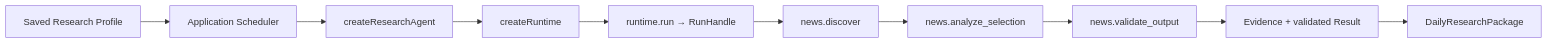
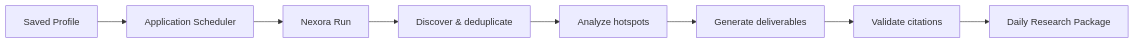
One commit to Atman-Angle/Nexora-Agent changed the diagram in README.md. Above: the diagram before and after it, drawn with Mermaid. The commit also changed other lines of this file, not shown here.

````diff
--- a/README.md
+++ b/README.md
@@ -111,12 +142,10 @@
 ```mermaid
 flowchart LR
-  P["Saved Research Profile"] --> S["Application Scheduler"]
-  S --> A["createResearchAgent"]
-  A --> R["createRuntime"]
-  R --> H["runtime.run → RunHandle"]
-  H --> D["news.discover"]
-  D --> N["news.analyze_selection"]
-  N --> V["news.validate_output"]
-  V --> E["Evidence + validated Result"]
-  E --> O["DailyResearchPackage"]
+  P["Saved Profile"] --> S["Application Scheduler"]
+  S --> R["Nexora Run"]
+  R --> D["Discover & deduplicate"]
+  D --> A["Analyze hotspots"]
+  A --> G["Generate deliverables"]
+  G --> V["Validate citations"]
+  V --> O["Daily Research Package"]
 ```
````
